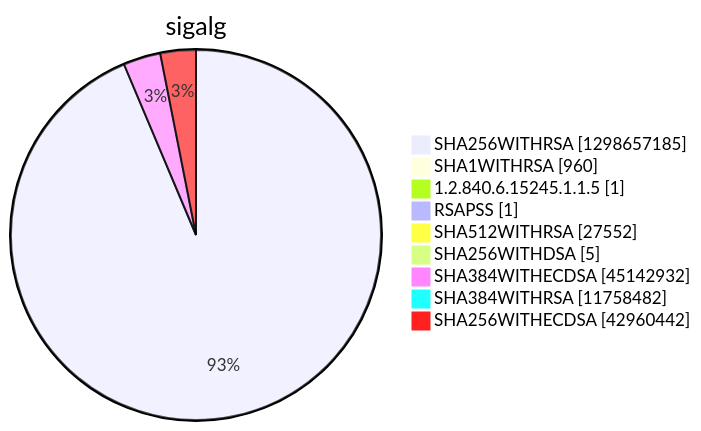
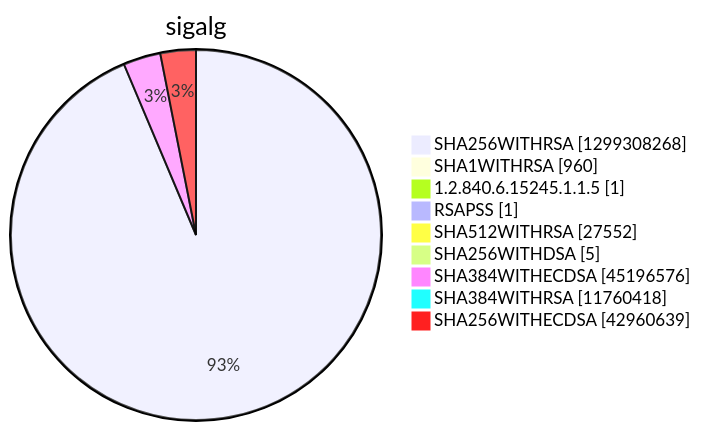
Diagram 15 of 15 in argon2022/README.md (christiankrug/ctmonitor_visualization), drawn with Mermaid before and after one commit. The commit also changed other lines of this file, not shown here.

````diff
--- a/argon2022/README.md
+++ b/argon2022/README.md
@@ -5523,13 +5523,13 @@
 ```mermaid
 pie showData
 title sigalg
-"SHA256WITHRSA" :1298657185
+"SHA256WITHRSA" :1299308268
 "SHA1WITHRSA" :960
 "1.2.840.6.15245.1.1.5" :1
 "RSAPSS" :1
 "SHA512WITHRSA" :27552
 "SHA256WITHDSA" :5
-"SHA384WITHECDSA" :45142932
-"SHA384WITHRSA" :11758482
-"SHA256WITHECDSA" :42960442
+"SHA384WITHECDSA" :45196576
+"SHA384WITHRSA" :11760418
+"SHA256WITHECDSA" :42960639
 ```
````
